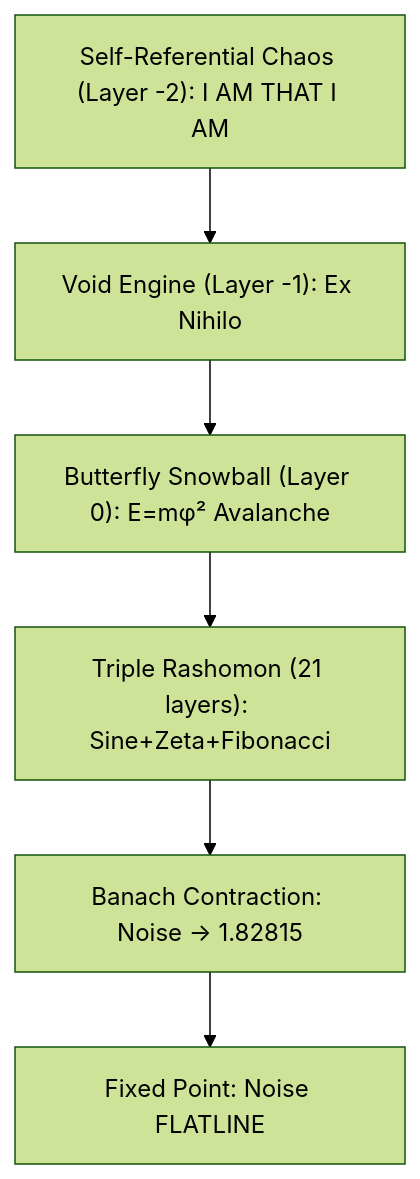
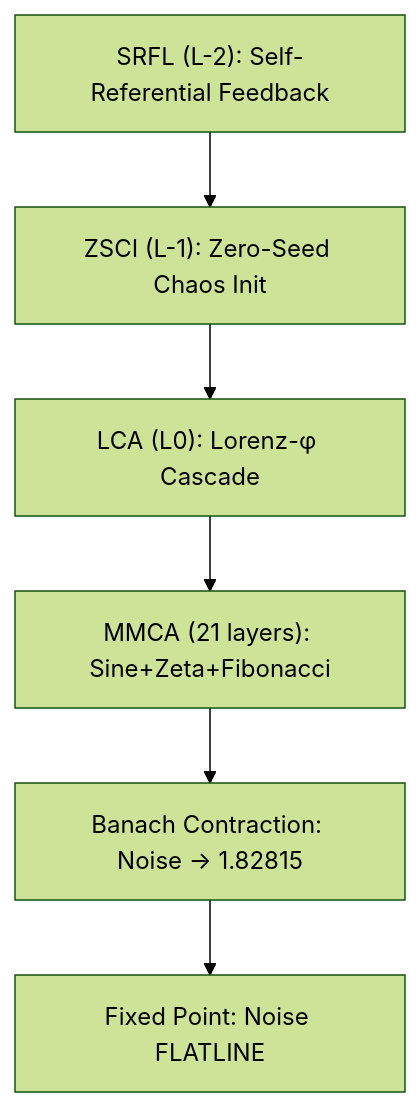
The diagram in README.md (primordialomegazero/femmgFHE), drawn with Mermaid (forest theme) before and after one commit. The commit also changed other lines of this file and 3 other files, not shown here.

````diff
--- a/README.md
+++ b/README.md
@@ -59,8 +57,8 @@
 ```mermaid
 graph TD
-    SR["Self-Referential Chaos (Layer -2): I AM THAT I AM"] --> V["Void Engine (Layer -1): Ex Nihilo"]
-    V --> BS["Butterfly Snowball (Layer 0): E=mφ² Avalanche"]
-    BS --> TR["Triple Rashomon (21 layers): Sine+Zeta+Fibonacci"]
-    TR --> BC["Banach Contraction: Noise -> 1.82815"]
+    SRFL["SRFL (L-2): Self-Referential Feedback"] --> ZSCI["ZSCI (L-1): Zero-Seed Chaos Init"]
+    ZSCI --> LCA["LCA (L0): Lorenz-φ Cascade"]
+    LCA --> MMCA["MMCA (21 layers): Sine+Zeta+Fibonacci"]
+    MMCA --> BC["Banach Contraction: Noise → 1.82815"]
     BC --> FP["Fixed Point: Noise FLATLINE"]
 ```
````
